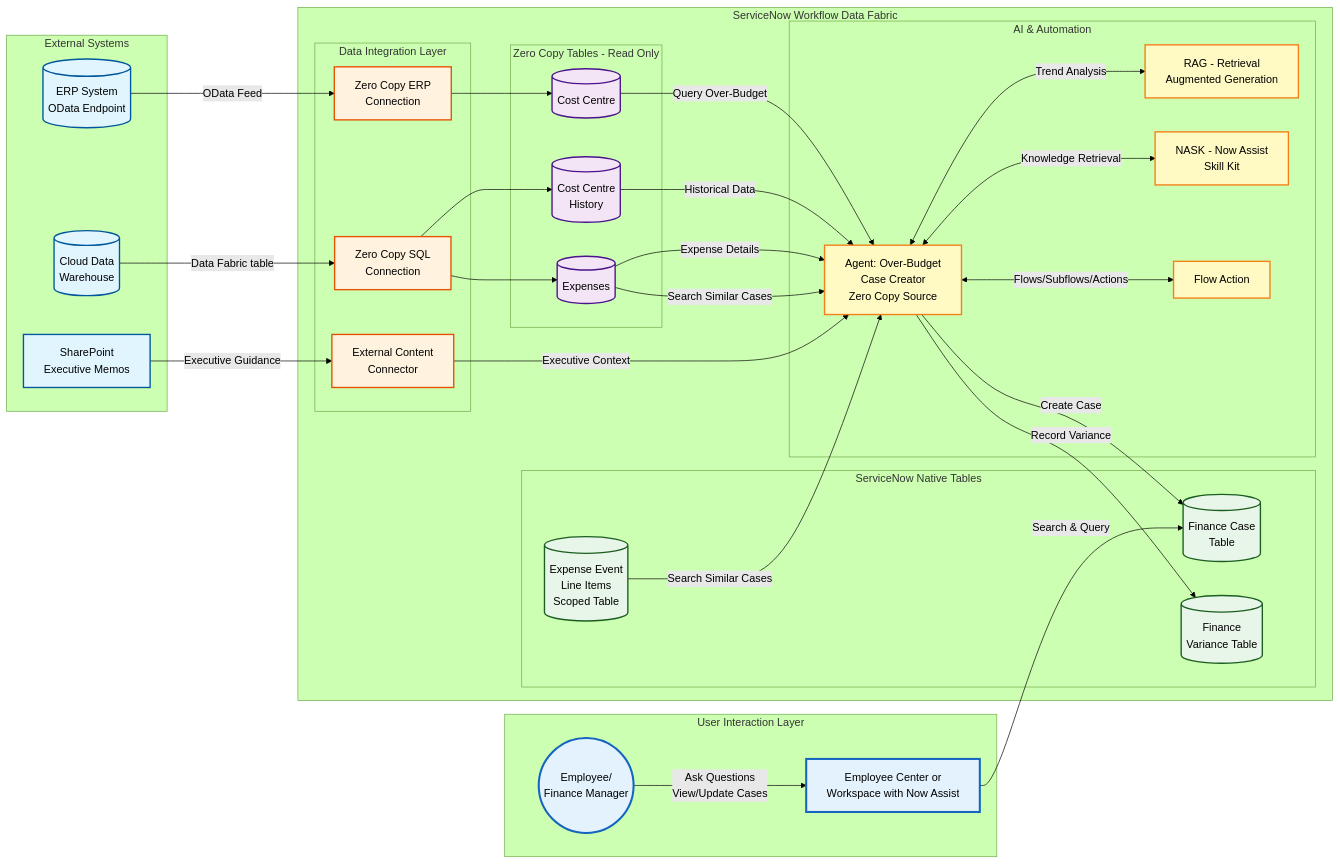
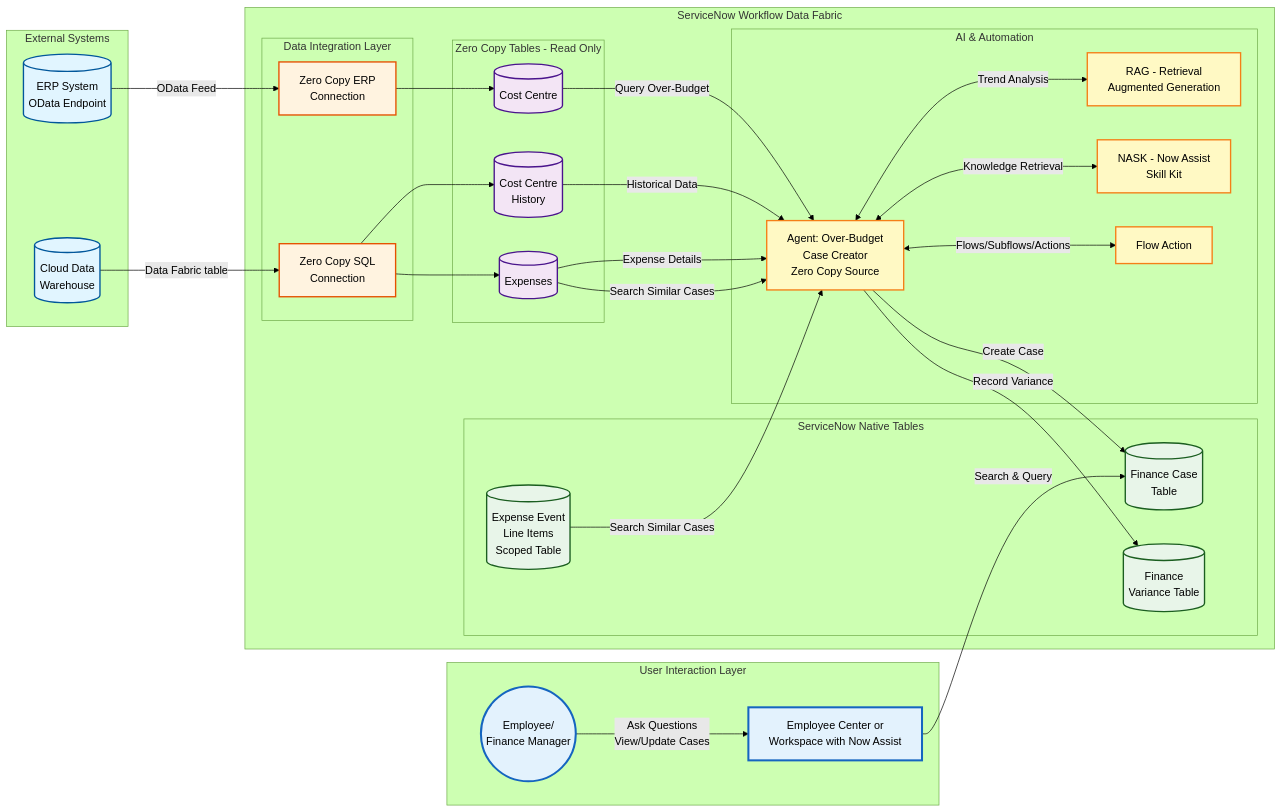
The diagram in 2_Zero_Copy.md (leojacinto/WorkflowDataFabric-TypeA), drawn with Mermaid (forest theme) before and after one commit.

````diff
--- a/2_Zero_Copy.md
+++ b/2_Zero_Copy.md
@@ -10,82 +10,77 @@
 ```mermaid
 graph LR
     subgraph "User Interaction Layer"
         Employee((Employee/<br/>Finance Manager))
         EC[Employee Center or<br/> Workspace with Now Assist]
     end
 
     subgraph "External Systems"
         ERP[(ERP System<br/>OData Endpoint)]
-        SharePoint[SharePoint<br/>Executive Memos]
         CDW[(Cloud Data<br/>Warehouse)]
     end
 
     subgraph "ServiceNow Workflow Data Fabric"
         subgraph "Data Integration Layer"
             ZeroCopySQL[Zero Copy SQL<br/>Connection]
             ZeroCopyERP[Zero Copy ERP<br/>Connection]
-            ExtContent[External Content<br/>Connector]
         end
 
         subgraph "Zero Copy Tables - Read Only"
             ZCCC[(Cost Centre)]
             ZCCH[(Cost Centre</br>History)]
             ZCExp[(Expenses)]
         end
 
         subgraph "ServiceNow Native Tables"
             ExpenseTable[(Expense Event<br/>Line Items<br/>Scoped Table)]
             FinCase[(Finance Case<br/>Table)]
             FinVar[(Finance<br/>Variance Table)]
         end
 
         subgraph "AI & Automation"
             Agent1[Agent: Over-Budget<br/>Case Creator<br/>Zero Copy Source]
             RAG[RAG - Retrieval<br/>Augmented Generation]
             NASK[NASK - Now Assist<br/>Skill Kit]
             FlowAction[Flow Action]
         end
     end
 
     %% Data Flow Connections
     ERP -->|OData Feed| ZeroCopyERP
     CDW -->|Data Fabric table| ZeroCopySQL
     ZeroCopyERP --> ZCCC
     ZeroCopySQL --> ZCCH
     ZeroCopySQL --> ZCExp
 
-    SharePoint -->|Executive Guidance| ExtContent
-
     %% Agent 1 Workflow - Zero Copy Source
     ZCCC -->|Query Over-Budget| Agent1
     ZCCH -->|Historical Data| Agent1
     ZCExp -->|Expense Details| Agent1
     ExpenseTable -->|Search Similar Cases| Agent1
     ZCExp -->|Search Similar Cases| Agent1
-    ExtContent -->|Executive Context| Agent1
     Agent1 -->|Create Case| FinCase
     Agent1 <-->|Trend Analysis| RAG
     Agent1 <-->|Knowledge Retrieval| NASK
     Agent1 <-->|Flows/Subflows/Actions| FlowAction
     Agent1 -->|Record Variance| FinVar
 
     %% User Interaction Connections
     Employee -->|Ask Questions<br/>View/Update Cases| EC
     EC -->|Search & Query| FinCase
 
     %% Styling
     classDef external fill:#e1f5ff,stroke:#01579b,stroke-width:2px
     classDef integration fill:#fff3e0,stroke:#e65100,stroke-width:2px
     classDef zeroCopy fill:#f3e5f5,stroke:#4a148c,stroke-width:2px
     classDef native fill:#e8f5e9,stroke:#1b5e20,stroke-width:2px
     classDef ai fill:#fff9c4,stroke:#f57f17,stroke-width:2px
     classDef user fill:#e3f2fd,stroke:#1565c0,stroke-width:3px
 
     class ERP,SharePoint,CDW external
     class ZeroCopySQL,ZeroCopyERP,ExtContent integration
     class ZCCC,ZCCH,ZCExp zeroCopy
     class ExpenseTable,FinCase,FinVar native
     class Agent1,RAG,NASK,FlowAction,GGraph,NLQuery ai
     class MockERP,MockCDW external
     class Employee,EC user
 ```
````
